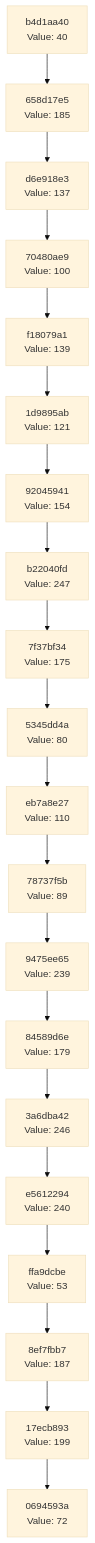
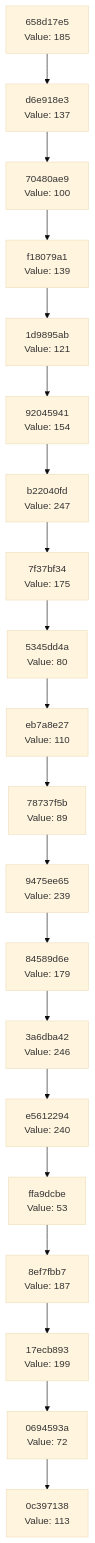
Before and after one commit to Abhisheksinha1506/hash-chain-evolver: the diagram in docs/CHAIN_VISUALIZATION.md, drawn with Mermaid (base theme). The commit also changed 2 other files, not shown here.

Commit message:
Evolution Step

````diff
--- a/docs/CHAIN_VISUALIZATION.md
+++ b/docs/CHAIN_VISUALIZATION.md
@@ -3,42 +3,42 @@
 ```mermaid
 graph TD
-    C0["0694593a<br/>Value: 72"]
-    C1["17ecb893<br/>Value: 199"]
+    C0["0c397138<br/>Value: 113"]
+    C1["0694593a<br/>Value: 72"]
     C1 --> C0
-    C2["8ef7fbb7<br/>Value: 187"]
+    C2["17ecb893<br/>Value: 199"]
     C2 --> C1
-    C3["ffa9dcbe<br/>Value: 53"]
+    C3["8ef7fbb7<br/>Value: 187"]
     C3 --> C2
-    C4["e5612294<br/>Value: 240"]
+    C4["ffa9dcbe<br/>Value: 53"]
     C4 --> C3
-    C5["3a6dba42<br/>Value: 246"]
+    C5["e5612294<br/>Value: 240"]
     C5 --> C4
-    C6["84589d6e<br/>Value: 179"]
+    C6["3a6dba42<br/>Value: 246"]
     C6 --> C5
-    C7["9475ee65<br/>Value: 239"]
+    C7["84589d6e<br/>Value: 179"]
     C7 --> C6
-    C8["78737f5b<br/>Value: 89"]
+    C8["9475ee65<br/>Value: 239"]
     C8 --> C7
-    C9["eb7a8e27<br/>Value: 110"]
+    C9["78737f5b<br/>Value: 89"]
     C9 --> C8
-    C10["5345dd4a<br/>Value: 80"]
+    C10["eb7a8e27<br/>Value: 110"]
     C10 --> C9
-    C11["7f37bf34<br/>Value: 175"]
+    C11["5345dd4a<br/>Value: 80"]
     C11 --> C10
-    C12["b22040fd<br/>Value: 247"]
+    C12["7f37bf34<br/>Value: 175"]
     C12 --> C11
-    C13["92045941<br/>Value: 154"]
+    C13["b22040fd<br/>Value: 247"]
     C13 --> C12
-    C14["1d9895ab<br/>Value: 121"]
+    C14["92045941<br/>Value: 154"]
     C14 --> C13
-    C15["f18079a1<br/>Value: 139"]
+    C15["1d9895ab<br/>Value: 121"]
     C15 --> C14
-    C16["70480ae9<br/>Value: 100"]
+    C16["f18079a1<br/>Value: 139"]
     C16 --> C15
-    C17["d6e918e3<br/>Value: 137"]
+    C17["70480ae9<br/>Value: 100"]
     C17 --> C16
-    C18["658d17e5<br/>Value: 185"]
+    C18["d6e918e3<br/>Value: 137"]
     C18 --> C17
-    C19["b4d1aa40<br/>Value: 40"]
+    C19["658d17e5<br/>Value: 185"]
     C19 --> C18
 ```
````
